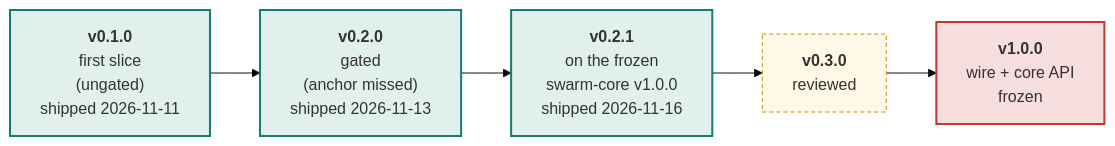
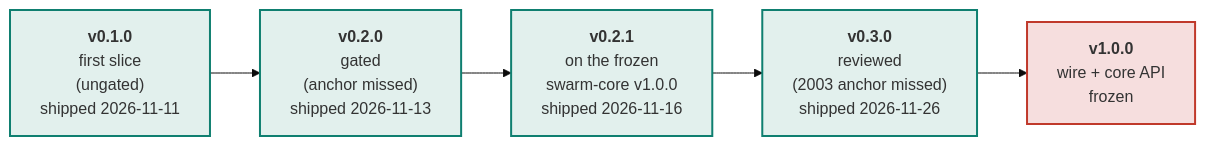
Before and after one commit to swarm-routing/ARA: the first of 2 diagrams in docs/roadmap.md, drawn with Mermaid (base theme). The commit also changed other lines of this file, not shown here.

First line of the commit message:
docs(roadmap): v0.3.0 shipped (#312)

````diff
--- a/docs/roadmap.md
+++ b/docs/roadmap.md
@@ -30,16 +30,16 @@
 ```mermaid
 flowchart LR
     V01["<b>v0.1.0</b><br/>first slice<br/>(ungated)<br/>shipped 2026-11-11"]
     V02["<b>v0.2.0</b><br/>gated<br/>(anchor missed)<br/>shipped 2026-11-13"]
     V021["<b>v0.2.1</b><br/>on the frozen<br/>swarm-core v1.0.0<br/>shipped 2026-11-16"]
-    V03["<b>v0.3.0</b><br/>reviewed"]
+    V03["<b>v0.3.0</b><br/>reviewed<br/>(2003 anchor missed)<br/>shipped 2026-11-26"]
     V10["<b>v1.0.0</b><br/>wire + core API<br/>frozen"]
 
     V01 --> V02 --> V021 --> V03 --> V10
 
     style V01 fill:#e2f0ed,stroke:#0f7f70,stroke-width:2px
     style V02 fill:#e2f0ed,stroke:#0f7f70,stroke-width:2px
     style V021 fill:#e2f0ed,stroke:#0f7f70,stroke-width:2px
-    style V03 fill:#fff8e6,stroke:#c48f00,stroke-dasharray:4 3
+    style V03 fill:#e2f0ed,stroke:#0f7f70,stroke-width:2px
     style V10 fill:#f6dede,stroke:#c0392b,stroke-width:2px
 ```
````
